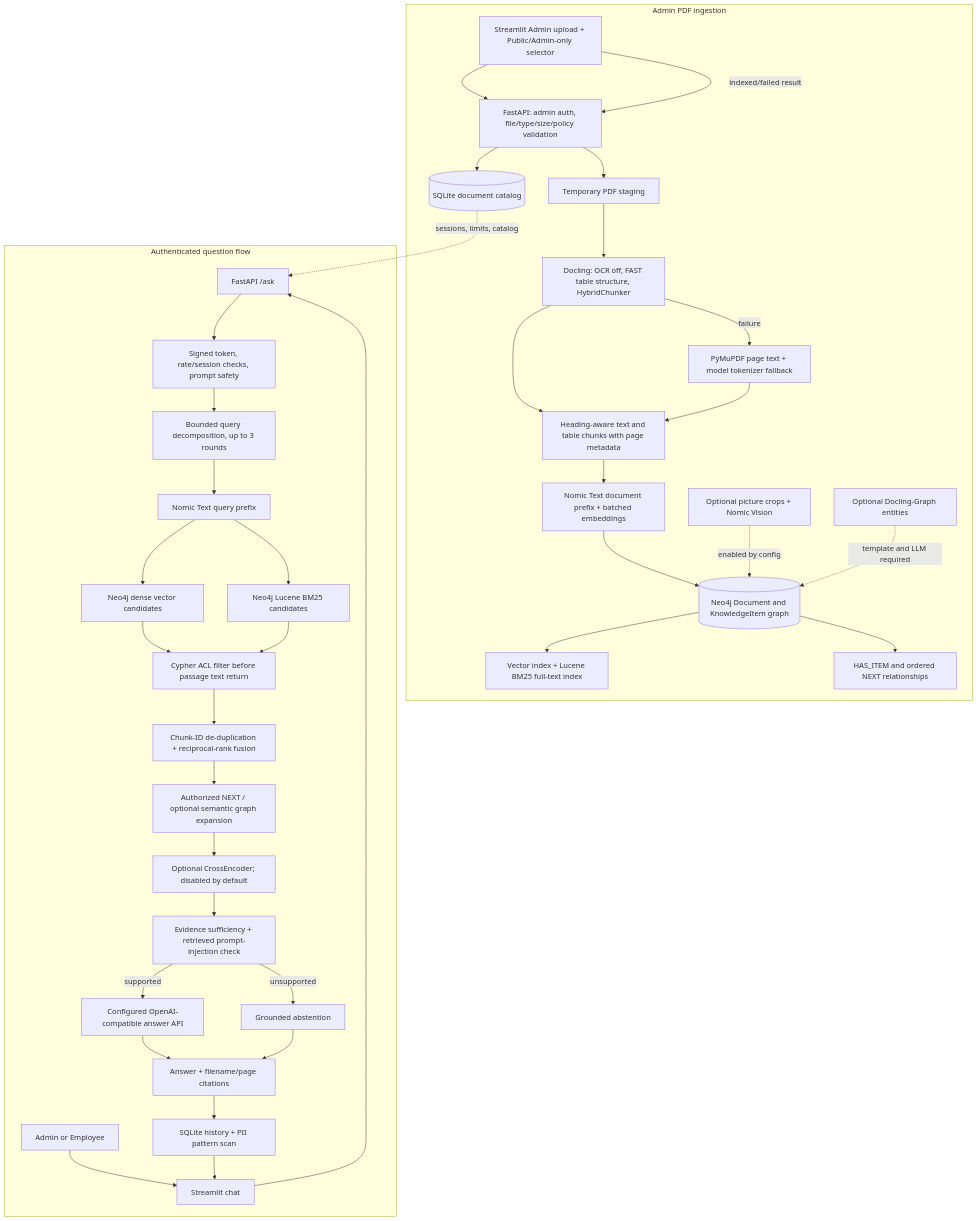
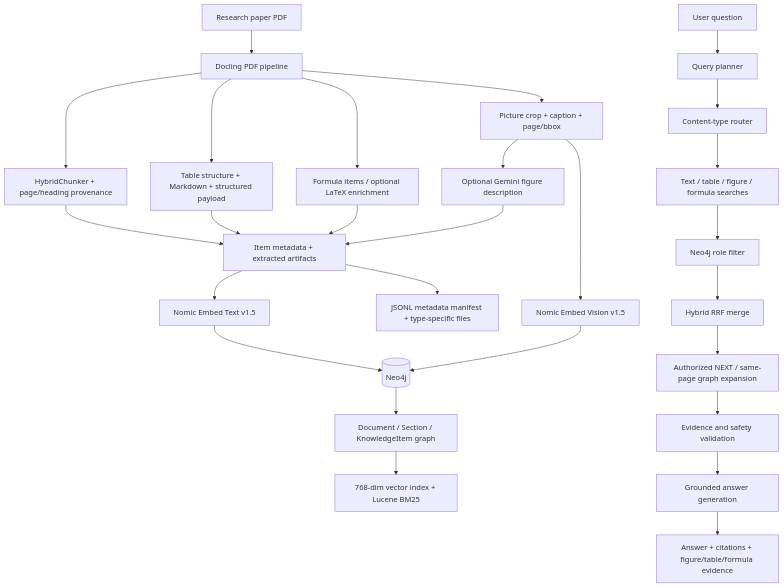
One commit to priyatechworks/Enterprise-chatbot changed the diagram in docs/agentic_rag_architecture.md. Above: the diagram before and after it, drawn with Mermaid. The commit also changed other lines of this file and 14 other files, not shown here.

````diff
--- a/docs/agentic_rag_architecture.md
+++ b/docs/agentic_rag_architecture.md
@@ -5,43 +9,29 @@
-```mermaid
+~~~mermaid
 flowchart TB
-  subgraph INGEST[Admin PDF ingestion]
-    UI[Streamlit Admin upload + Public/Admin-only selector] --> API[FastAPI: admin auth, file/type/size/policy validation]
-    API --> TMP[Temporary PDF staging]
-    TMP --> PARSE[Docling: OCR off, FAST table structure, HybridChunker]
-    PARSE -->|failure| FALLBACK[PyMuPDF page text + model tokenizer fallback]
-    PARSE --> CHUNKS[Heading-aware text and table chunks with page metadata]
-    FALLBACK --> CHUNKS
-    CHUNKS --> EMBED[Nomic Text document prefix + batched embeddings]
-    EMBED --> GRAPH[(Neo4j Document and KnowledgeItem graph)]
-    GRAPH --> INDEX[Vector index + Lucene BM25 full-text index]
-    GRAPH --> LINKS[HAS_ITEM and ordered NEXT relationships]
-    UI -->|indexed/failed result| API
-    API --> SQLITE[(SQLite document catalog)]
-    PICTURES[Optional picture crops + Nomic Vision] -. enabled by config .-> GRAPH
-    SEMANTIC[Optional Docling-Graph entities] -. template and LLM required .-> GRAPH
-  end
-
-  subgraph QUERY[Authenticated question flow]
-    USER[Admin or Employee] --> CHAT[Streamlit chat]
-    CHAT --> ASK[FastAPI /ask]
-    ASK --> CHECKS[Signed token, rate/session checks, prompt safety]
-    CHECKS --> PLAN[Bounded query decomposition, up to 3 rounds]
-    PLAN --> QV[Nomic Text query prefix]
-    QV --> VECTOR[Neo4j dense vector candidates]
-    QV --> KEYWORD[Neo4j Lucene BM25 candidates]
-    VECTOR --> ACL[Cypher ACL filter before passage text return]
-    KEYWORD --> ACL
-    ACL --> RRF[Chunk-ID de-duplication + reciprocal-rank fusion]
-    RRF --> EXPAND[Authorized NEXT / optional semantic graph expansion]
-    EXPAND --> RERANK[Optional CrossEncoder; disabled by default]
-    RERANK --> GATE[Evidence sufficiency + retrieved prompt-injection check]
-    GATE -->|supported| LLM[Configured OpenAI-compatible answer API]
-    GATE -->|unsupported| ABSTAIN[Grounded abstention]
-    LLM --> RESPONSE[Answer + filename/page citations]
-    ABSTAIN --> RESPONSE
-    RESPONSE --> STATE[SQLite history + PII pattern scan]
-    STATE --> CHAT
-  end
-
-  SQLITE -. sessions, limits, catalog .-> ASK
-```
+  PDF[Research paper PDF] --> DOC[Docling PDF pipeline]
+  DOC --> CHUNK[HybridChunker + page/heading provenance]
+  DOC --> TABLE[Table structure + Markdown + structured payload]
+  DOC --> FORMULA[Formula items / optional LaTeX enrichment]
+  DOC --> FIGURE[Picture crop + caption + page/bbox]
+  FIGURE --> VLM[Optional Gemini figure description]
+  CHUNK --> META[Item metadata + extracted artifacts]
+  TABLE --> META
+  FORMULA --> META
+  VLM --> META
+  FIGURE --> VISION[Nomic Embed Vision v1.5]
+  META --> TEXT[Nomic Embed Text v1.5]
+  TEXT --> NEO[(Neo4j)]
+  VISION --> NEO
+  META --> MANIFEST[JSONL metadata manifest + type-specific files]
+  NEO --> GRAPH[Document / Section / KnowledgeItem graph]
+  GRAPH --> INDEX[768-dim vector index + Lucene BM25]
+  USER[User question] --> PLAN[Query planner]
+  PLAN --> ROUTER[Content-type router]
+  ROUTER --> RETRIEVE[Text / table / figure / formula searches]
+  RETRIEVE --> ACL[Neo4j role filter]
+  ACL --> RRF[Hybrid RRF merge]
+  RRF --> EXPAND[Authorized NEXT / same-page graph expansion]
+  EXPAND --> GATE[Evidence and safety validation]
+  GATE --> LLM[Grounded answer generation]
+  LLM --> ANSWER[Answer + citations + figure/table/formula evidence]
+~~~
````
